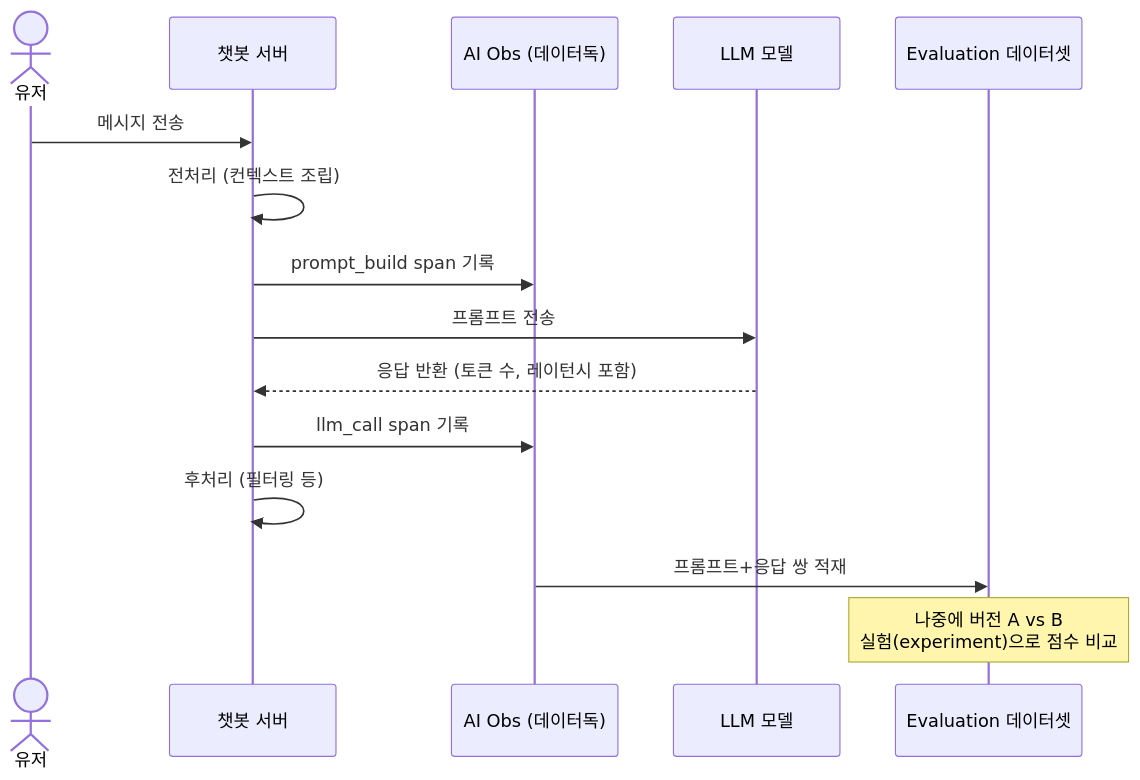
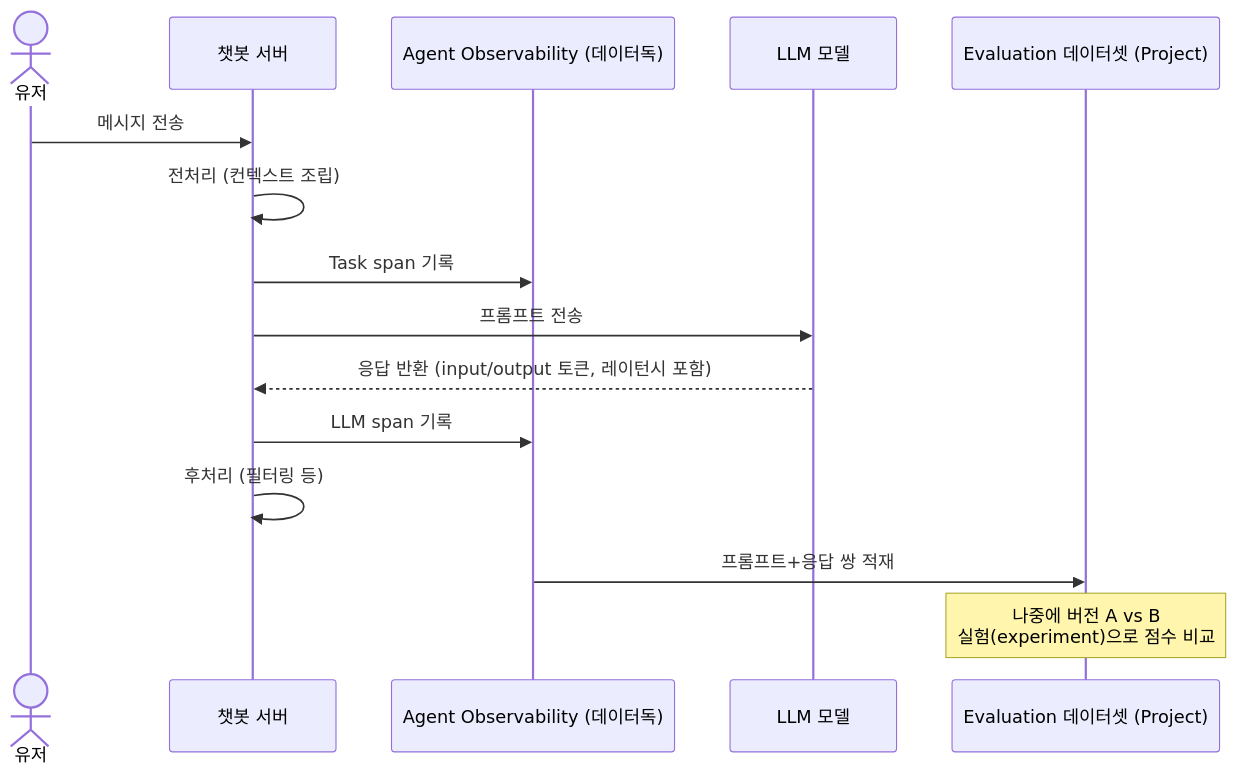
Before and after one commit to kimmand0o0/kimmand0o0.github.io: the second of 2 diagrams in _posts/2026-07/2026-07-22-datadog-study-02-ai-observability.md, drawn with Mermaid. The commit also changed other lines of this file and 3 other files, not shown here.

````diff
--- a/_posts/2026-07/2026-07-22-datadog-study-02-ai-observability.md
+++ b/_posts/2026-07/2026-07-22-datadog-study-02-ai-observability.md
@@ -53,18 +55,18 @@
 ```mermaid
 sequenceDiagram
     actor U as 유저
     participant S as 챗봇 서버
-    participant AIObs as AI Obs (데이터독)
+    participant AO as Agent Observability (데이터독)
     participant LLM as LLM 모델
-    participant Eval as Evaluation 데이터셋
+    participant Eval as Evaluation 데이터셋 (Project)
 
     U->>S: 메시지 전송
     S->>S: 전처리 (컨텍스트 조립)
-    S->>AIObs: prompt_build span 기록
+    S->>AO: Task span 기록
     S->>LLM: 프롬프트 전송
-    LLM-->>S: 응답 반환 (토큰 수, 레이턴시 포함)
-    S->>AIObs: llm_call span 기록
+    LLM-->>S: 응답 반환 (input/output 토큰, 레이턴시 포함)
+    S->>AO: LLM span 기록
     S->>S: 후처리 (필터링 등)
-    AIObs->>Eval: 프롬프트+응답 쌍 적재
+    AO->>Eval: 프롬프트+응답 쌍 적재
     Note over Eval: 나중에 버전 A vs B<br/>실험(experiment)으로 점수 비교
 ```
````
